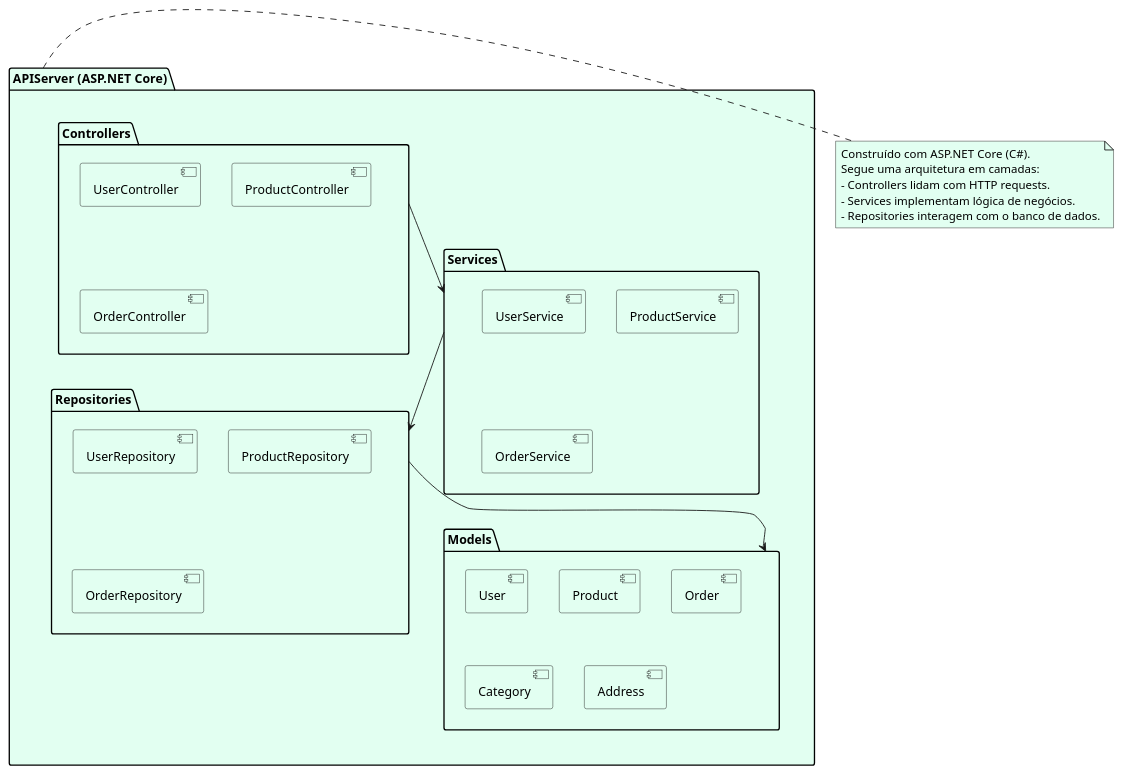
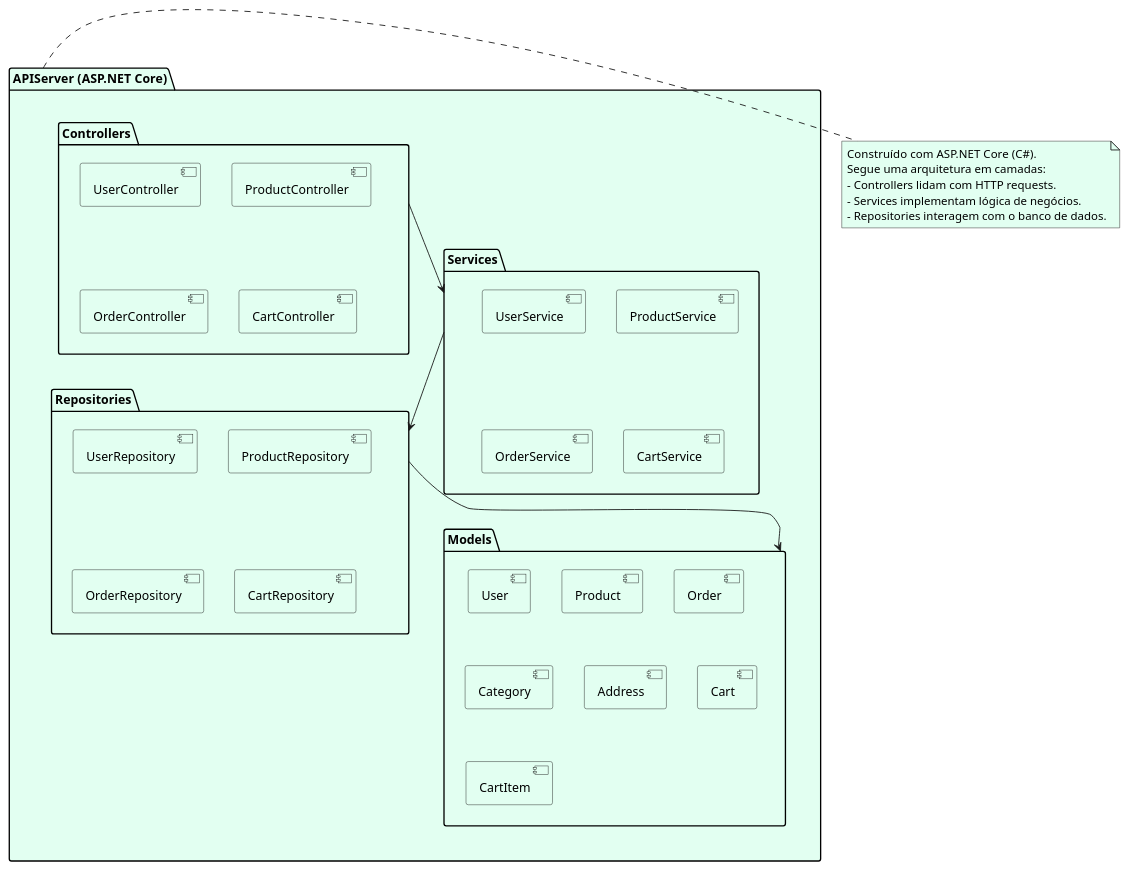
The diagram in docs/diagrams/APIServer/APIServer.puml (bruflor/comercio-vizinho), drawn with PlantUML before and after one commit. The commit also changed 5 other files, not shown here.

Commit message:
Updating previous diagrams to have cart relations

```diff
--- a/docs/diagrams/APIServer/APIServer.puml
+++ b/docs/diagrams/APIServer/APIServer.puml
@@ -1,54 +1,60 @@
 @startuml
 <style>
 componentDiagram {
   BackGroundColor #e2fff1
 }
 document {
   BackGroundColor white
 }
 </style>
 
 package "APIServer (ASP.NET Core)" {
     package "Controllers" {
         [UserController]
         [ProductController]
         [OrderController]
+        [CartController]
     }
 
     package "Services" {
         [UserService]
         [ProductService]
         [OrderService]
+        [CartService]
     }
 
     package "Repositories" {
         [UserRepository]
         [ProductRepository]
         [OrderRepository]
+        [CartRepository]
+
     }
 
     package "Models" {
         [User]
         [Product]
         [Order]
         [Category]
         [Address]
+        [Cart]
+        [CartItem]
     }
 
 }
 
 ' Relationships
 "Controllers" --> "Services"
 "Services" --> "Repositories"
 "Repositories" --> "Models"
 
 
 note right of [APIServer (ASP.NET Core)]
 Construído com ASP.NET Core (C#).
 Segue uma arquitetura em camadas:
 - Controllers lidam com HTTP requests.
 - Services implementam lógica de negócios.
 - Repositories interagem com o banco de dados.
 end note
 
 @enduml
```
